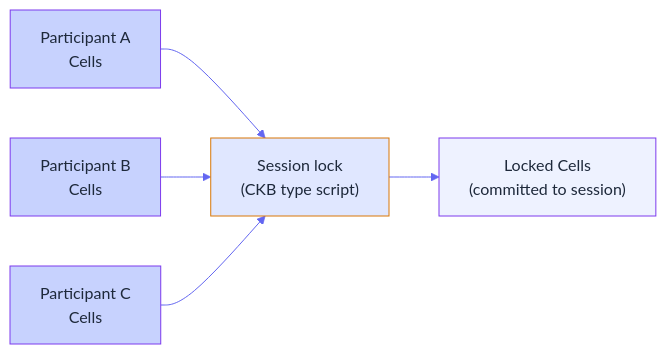
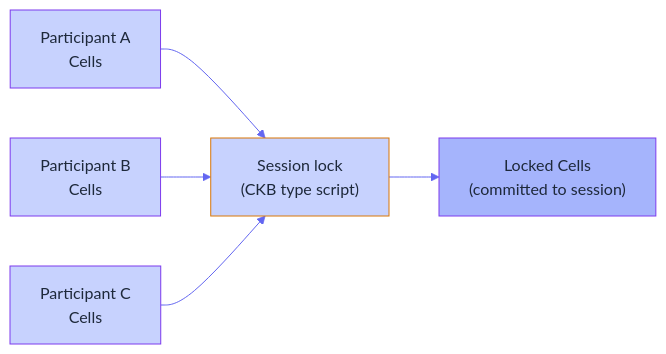
Before and after one commit to Myelin-Labs/Myelin: the first of 5 diagrams in docs/interactions/session-flow.md, drawn with Mermaid. The commit also changed other lines of this file and 31 other files, not shown here.

````diff
--- a/docs/interactions/session-flow.md
+++ b/docs/interactions/session-flow.md
@@ -29,30 +29,30 @@
 ```mermaid
 %%{init: {
   "theme": "base",
   "themeVariables": {
-    "primaryColor": "#EEF2FF",
+    "primaryColor": "#A5B4FC",
     "primaryTextColor": "#1E293B",
     "primaryBorderColor": "#4F46E5",
     "lineColor": "#6366F1",
-    "secondaryColor": "#E0E7FF",
+    "secondaryColor": "#C7D2FE",
     "tertiaryColor": "#C7D2FE"
   }
 }}%%
 flowchart LR
     P1["Participant A<br/>Cells"]:::l1
     P2["Participant B<br/>Cells"]:::l1
     P3["Participant C<br/>Cells"]:::l1
 
     LOCK["Session lock<br/>(CKB type script)"]:::lock
 
     L["Locked Cells<br/>(committed to session)"]:::locked
 
     P1 --> LOCK
     P2 --> LOCK
     P3 --> LOCK
     LOCK --> L
 
     classDef l1     fill:#C7D2FE,stroke:#7C3AED,color:#1E293B;
-    classDef lock   fill:#E0E7FF,stroke:#D97706,color:#1E293B;
-    classDef locked fill:#EEF2FF,stroke:#7C3AED,color:#1E293B;
+    classDef lock   fill:#C7D2FE,stroke:#D97706,color:#1E293B;
+    classDef locked fill:#A5B4FC,stroke:#7C3AED,color:#1E293B;
 ```
````
